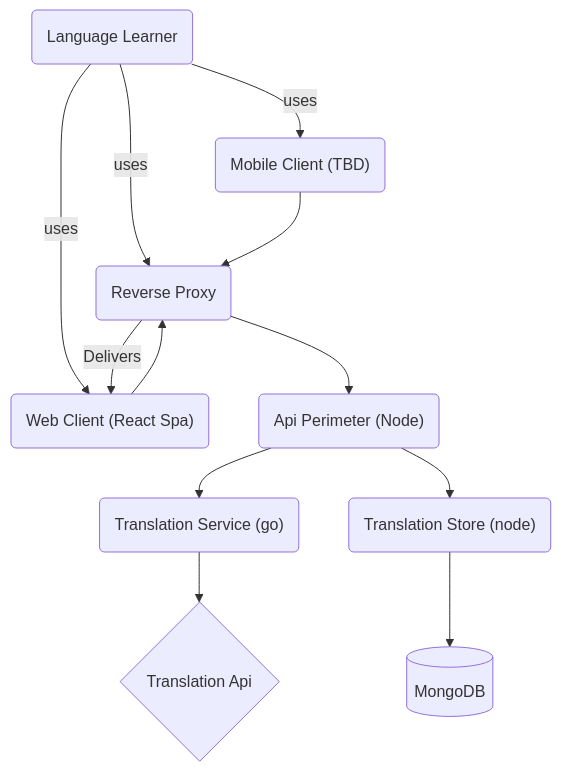
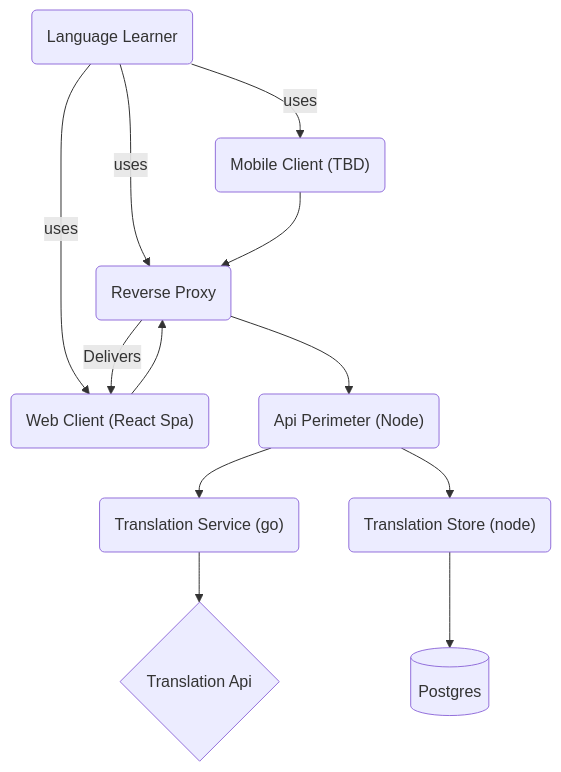
The diagram in README.md (zws33/language-app), drawn with Mermaid before and after one commit. The commit also changed 2 other files, not shown here.

Commit message:
remove mongo docker config and rename db in diagram

````diff
--- a/README.md
+++ b/README.md
@@ -11,30 +11,30 @@
 ```mermaid
 graph TD
     languageLearner(Language Learner)
     reverseProxy(Reverse Proxy)
     webClient("Web Client (React Spa)")
     mobileClient("Mobile Client (TBD)")
     apiPerimeter("Api Perimeter (Node)")
     translationService("Translation Service (go)")
     translationStore("Translation Store (node)")
     translationApi{Translation Api}
-    mongo[(MongoDB)]
+    postgres[(Postgres)]
     
     languageLearner -->|uses| reverseProxy
     languageLearner -->|uses| webClient
     languageLearner -->|uses| mobileClient
         
     webClient --> reverseProxy    
     
     mobileClient --> reverseProxy
     
     reverseProxy --> apiPerimeter
     reverseProxy --> |Delivers | webClient    
     
     apiPerimeter --> translationService
     apiPerimeter --> translationStore
     
     translationService --> translationApi
     
-    translationStore --> mongo
+    translationStore --> postgres
 ```
````
